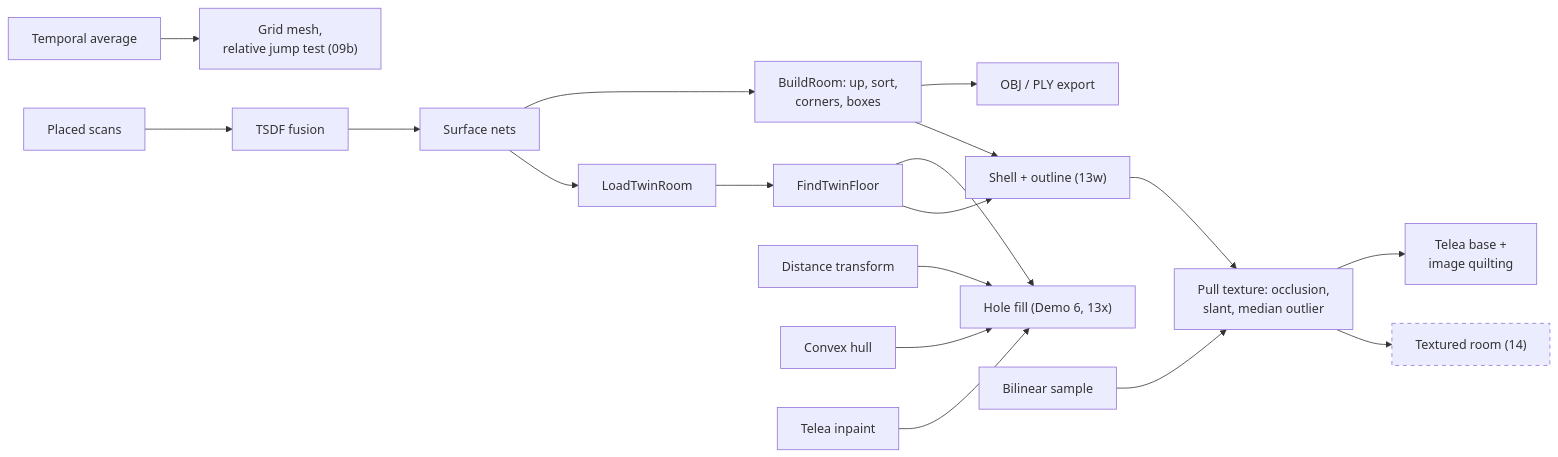
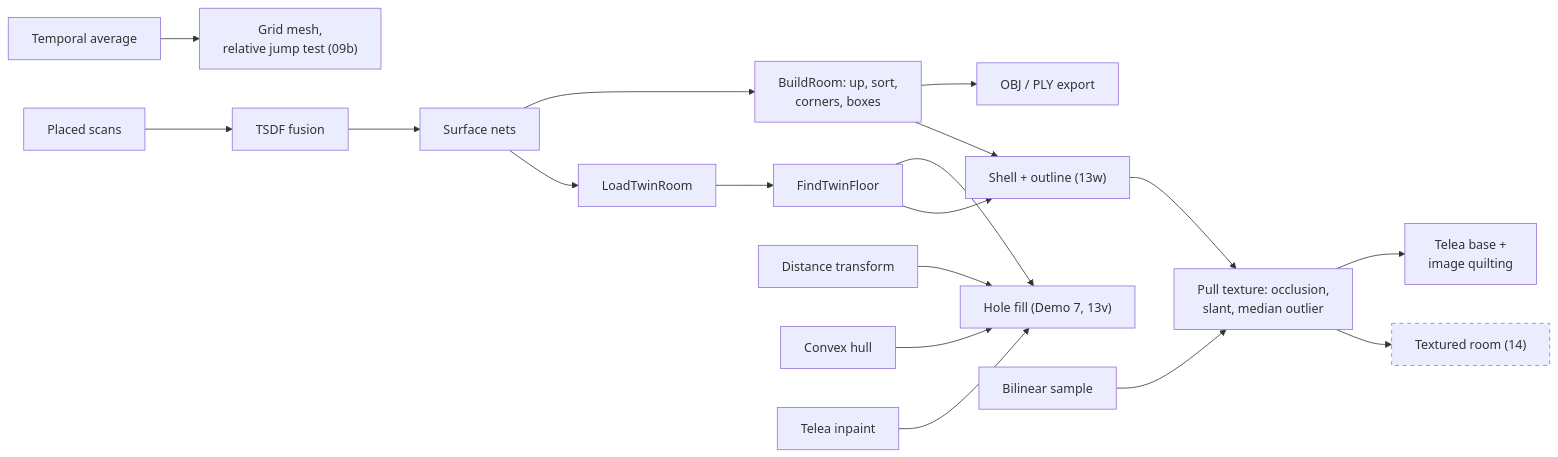
One commit to Kramav/Spotter changed the fifth of 6 diagrams in docs/algorithms.md. Above: the diagram before and after it, drawn with Mermaid. The commit also changed other lines of this file and 30 other files, not shown here.

````diff
--- a/docs/algorithms.md
+++ b/docs/algorithms.md
@@ -183,21 +183,21 @@
 ```mermaid
 flowchart LR
     avg["Temporal average"] --> grid["Grid mesh,<br/>relative jump test (09b)"]
     place["Placed scans"] --> tsdf["TSDF fusion"]
     tsdf --> nets["Surface nets"]
     nets --> build["BuildRoom: up, sort,<br/>corners, boxes"]
     build --> obj["OBJ / PLY export"]
     nets --> twin["LoadTwinRoom"]
     twin --> floor["FindTwinFloor"]
-    floor --> fill["Hole fill (Demo 6, 13x)"]
+    floor --> fill["Hole fill (Demo 7, 13v)"]
     dt["Distance transform"] --> fill
     hull["Convex hull"] --> fill
     telea["Telea inpaint"] --> fill
     build --> shell["Shell + outline (13w)"]
     floor --> shell
     shell --> tex["Pull texture: occlusion,<br/>slant, median outlier"]
     bil["Bilinear sample"] --> tex
     tex --> quilt["Telea base +<br/>image quilting"]
     tex --> t14["Textured room (14)"]:::planned
     classDef planned stroke-dasharray: 5 5
 ```
````
